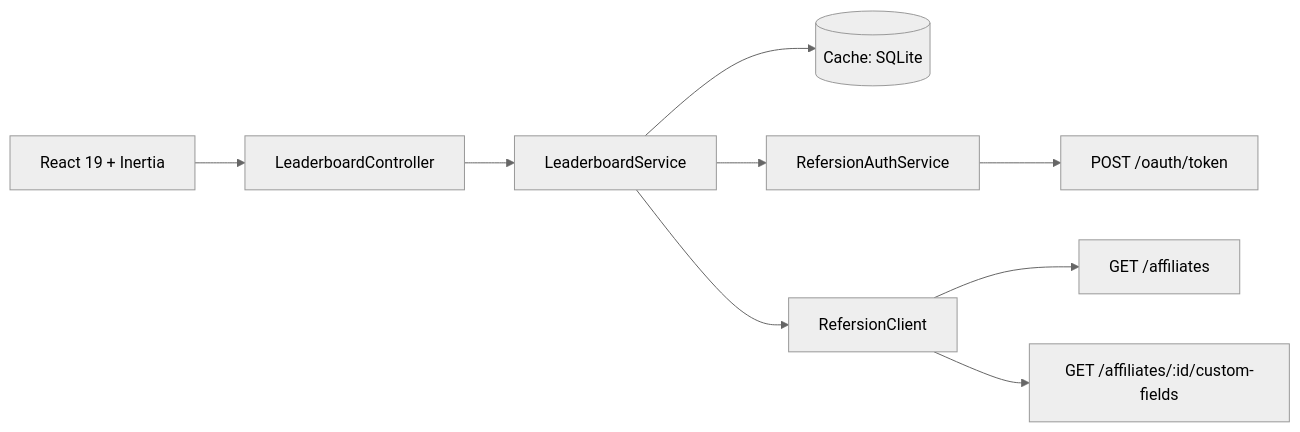
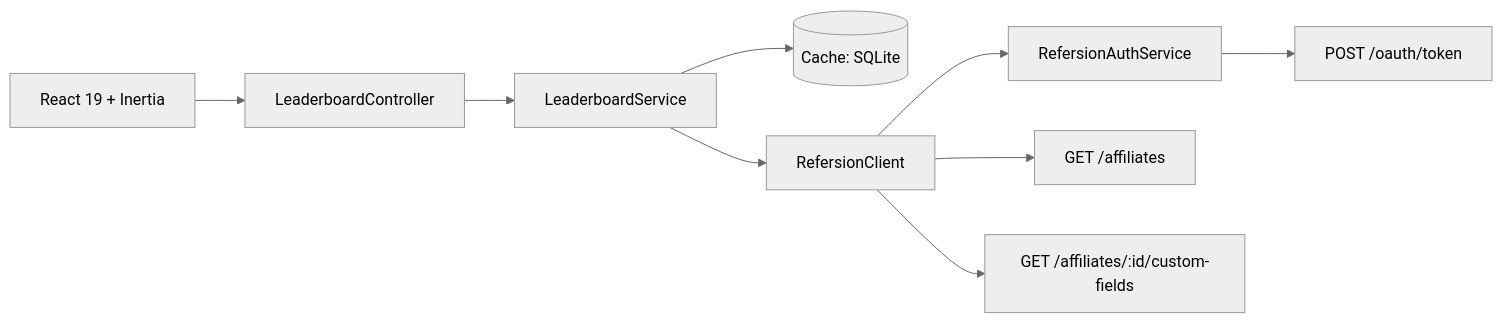
The diagram in README.md (alex-pimentel/refersion), drawn with Mermaid (neutral theme) before and after one commit. The commit also changed other lines of this file and 22 other files, not shown here.

````diff
--- a/README.md
+++ b/README.md
@@ -73,11 +73,11 @@
 ```mermaid
 flowchart LR
     B["React 19 + Inertia"] --> C["LeaderboardController"]
     C --> S["LeaderboardService"]
     S --> K[("Cache: SQLite")]
-    S --> A["RefersionAuthService"]
+    S --> R["RefersionClient"]
+    R --> A["RefersionAuthService"]
     A --> O["POST /oauth/token"]
-    S --> R["RefersionClient"]
     R --> L["GET /affiliates"]
     R --> F["GET /affiliates/:id/custom-fields"]
 ```
````
